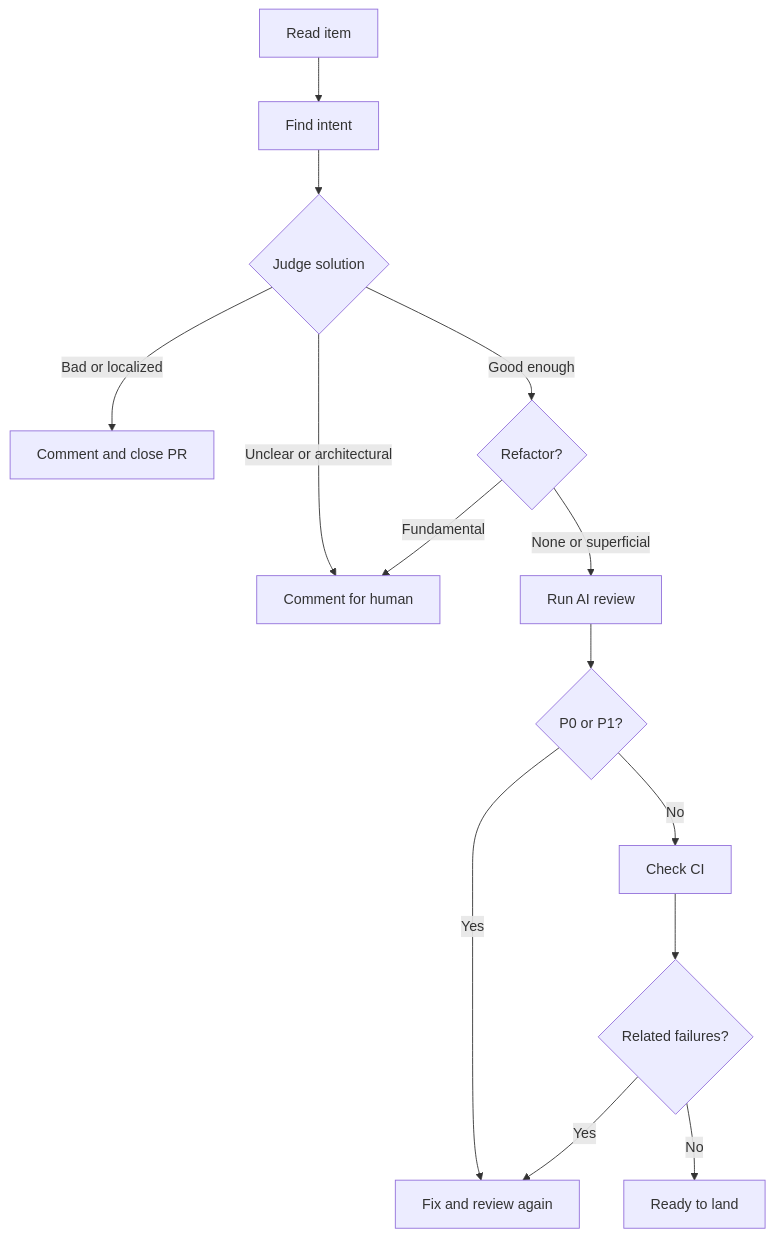
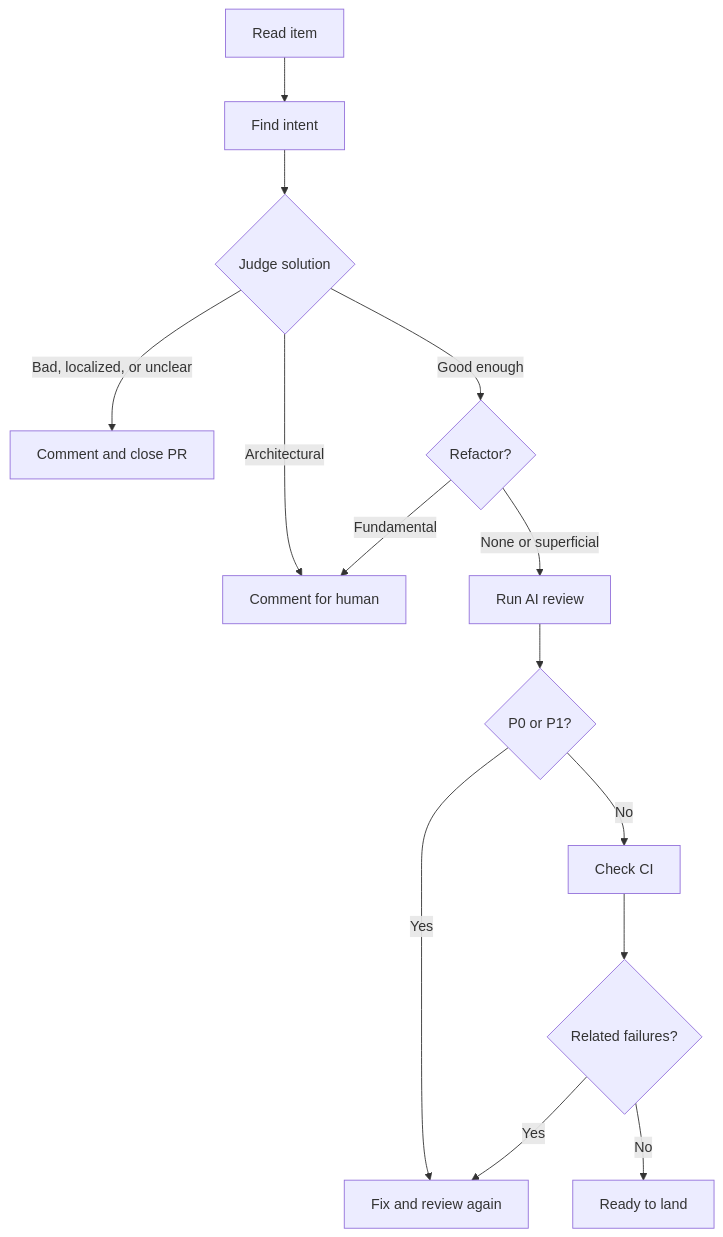
The diagram in agents/prompts/pr-issue-triage.md (osolmaz/tools), drawn with Mermaid before and after one commit. The commit also changed other lines of this file, not shown here.

Commit message:
docs: close unclear PRs in triage prompt

````diff
--- a/agents/prompts/pr-issue-triage.md
+++ b/agents/prompts/pr-issue-triage.md
@@ -5,16 +5,16 @@
 ```mermaid
 flowchart TD
     A[Read item] --> B[Find intent]
     B --> C{Judge solution}
-    C -->|Bad or localized| D[Comment and close PR]
-    C -->|Unclear or architectural| E[Comment for human]
+    C -->|Bad, localized, or unclear| D[Comment and close PR]
+    C -->|Architectural| E[Comment for human]
     C -->|Good enough| F{Refactor?}
     F -->|Fundamental| E
     F -->|None or superficial| G[Run AI review]
     G --> H{P0 or P1?}
     H -->|Yes| I[Fix and review again]
     H -->|No| J[Check CI]
     J --> K{Related failures?}
     K -->|Yes| I
     K -->|No| L[Ready to land]
 ```
````
